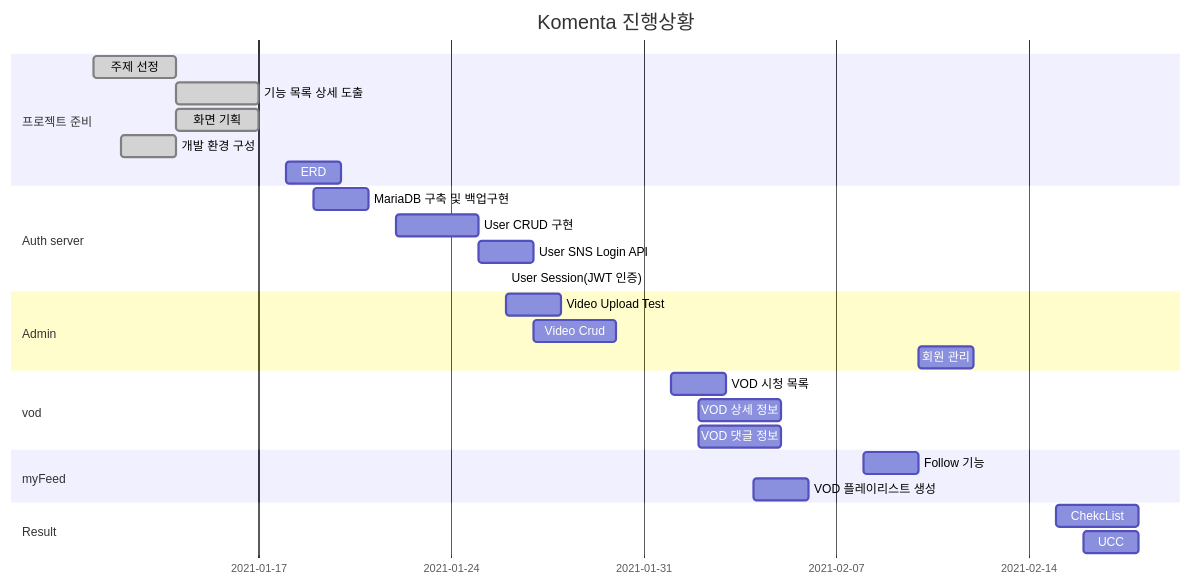
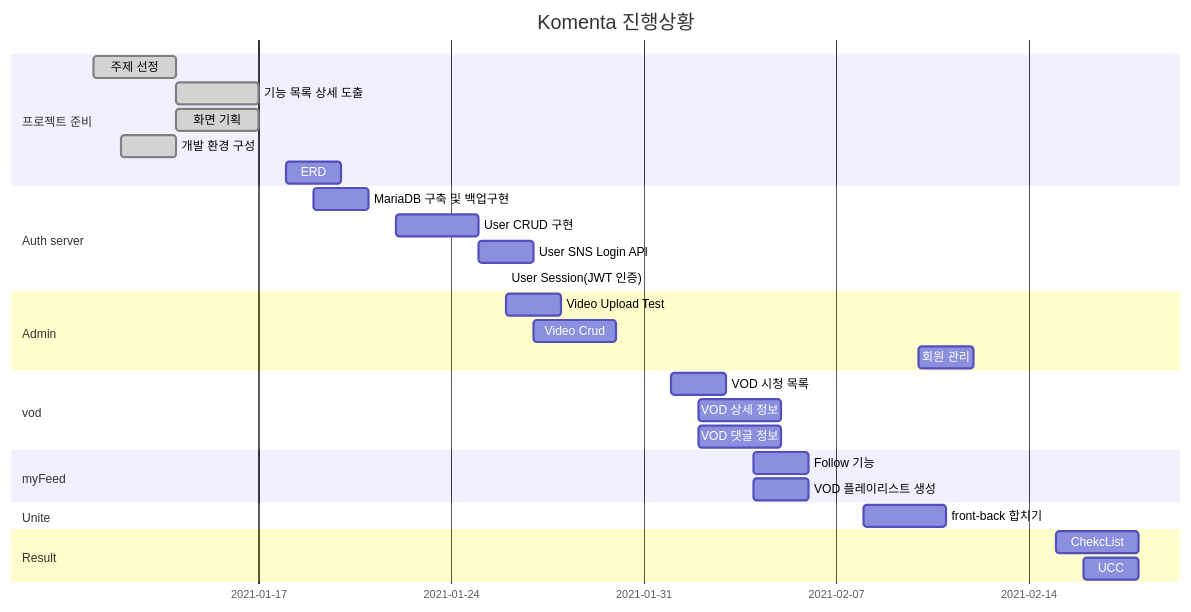
One commit to jaeseok-go/Komenta changed the diagram in README.md. Above: the diagram before and after it, drawn with Mermaid.

````diff
--- a/README.md
+++ b/README.md
@@ -50,40 +50,43 @@
 ```mermaid
 gantt
     dateFormat  MM-DD
     title       Komenta 진행상황
     %% excludes    weekends
     %% (`excludes` accepts specific dates in YYYY-MM-DD format, days of the week ("sunday") or "weekends", but not the word "weekdays".)
 
     section 프로젝트 준비
     주제 선정				  :done, 01-11, 01-14
     기능 목록 상세 도출			:done, 01-14, 3d
     화면 기획				  :done, 01-14, 3d
     개발 환경 구성             :done, 01-12, 2d
     ERD                     : 01-18, 2d
 
     section Auth server
     MariaDB 구축 및 백업구현     	 :01-19, 2d
     User CRUD 구현 		   :01-22, 3d
     User SNS Login API          :01-25, 2d
     User Session(JWT 인증)       :01-26, 1-27
 
     section Admin
     Video Upload Test       :01-26, 2d
     Video Crud          :01-27, 3d
     회원 관리         :02-10, 2d
 
     section vod
     VOD 시청 목록   :02-01, 2d
     VOD 상세 정보   :02-02, 3d
     VOD 댓글 정보   :02-02, 3d
     
     section myFeed
-    Follow 기능            :02-08,2d
+    Follow 기능            :02-04,2d
     VOD 플레이리스트 생성   :02-04, 2d
 
+    section Unite
+    front-back 합치기  :02-08, 3d
+    
     section Result
     ChekcList       : 02-15, 3d
     UCC           :02-16, 2d
     
     %%section 기타
 ```
````
